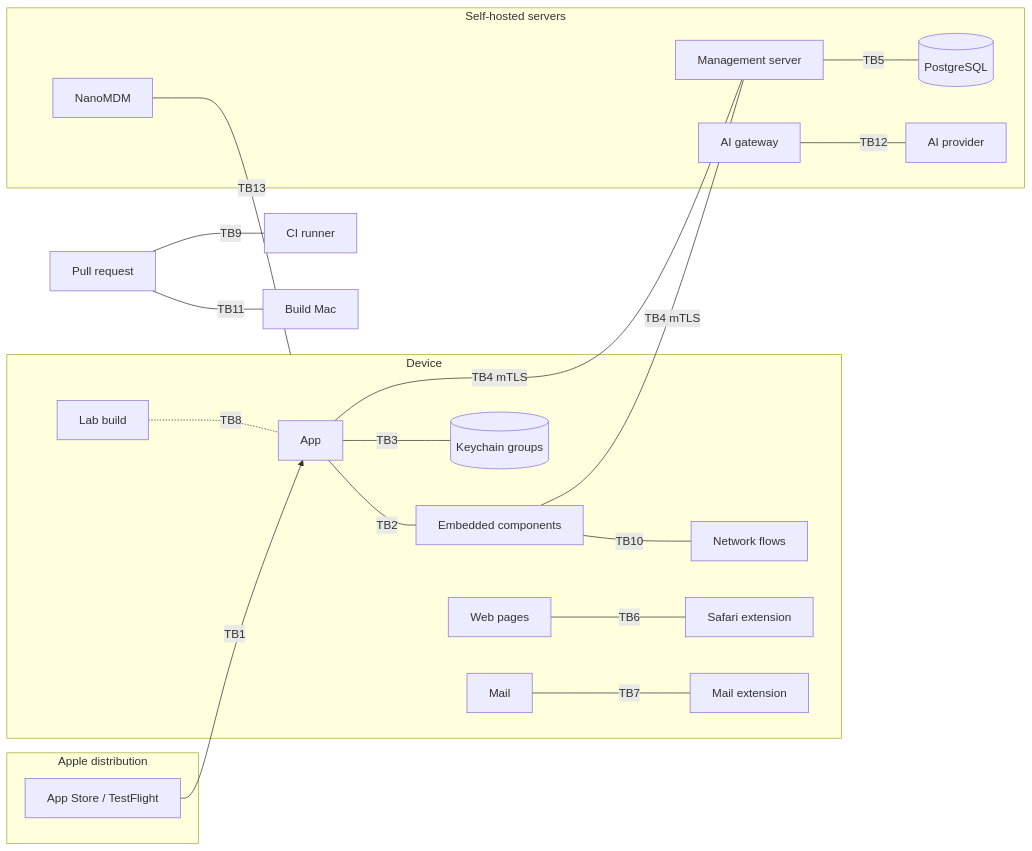
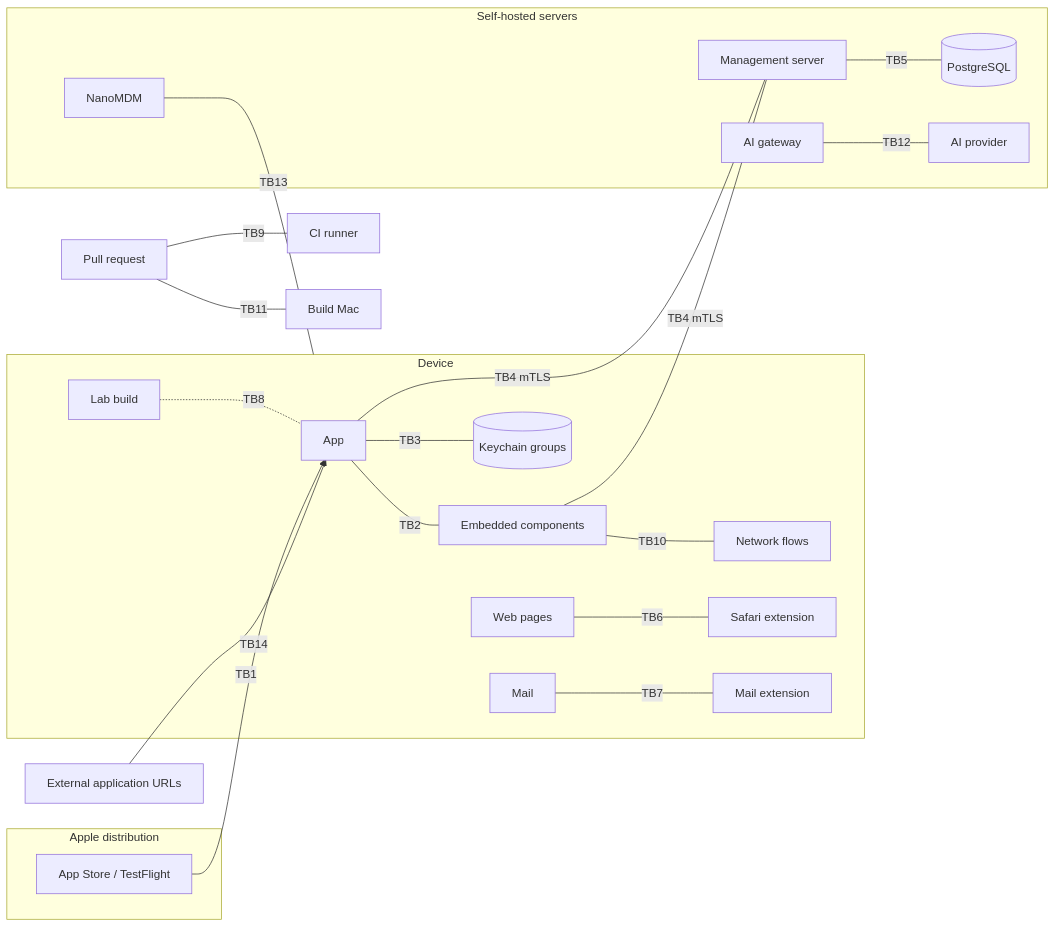
One commit to Agnidia/WardAxis changed the diagram in docs/THREAT-MODEL.md. Above: the diagram before and after it, drawn with Mermaid. The commit also changed other lines of this file and 39 other files, not shown here.

````diff
--- a/docs/THREAT-MODEL.md
+++ b/docs/THREAT-MODEL.md
@@ -67,25 +67,26 @@
 ```mermaid
 flowchart LR
     subgraph Apple[Apple distribution]
         AS[App Store / TestFlight]
     end
     subgraph Device
         APP[App] -- TB2 --- EXT[Embedded components]
         APP -- TB3 --- KC[(Keychain groups)]
         EXT -- TB10 --- NET[Network flows]
         WEB[Web pages] -- TB6 --- SW[Safari extension]
         MAIL[Mail] -- TB7 --- ML[Mail extension]
         LAB[Lab build] -. TB8 .- APP
     end
     subgraph ServerSide[Self-hosted servers]
         SRV[Management server] -- TB5 --- DB[(PostgreSQL)]
         GW[AI gateway] -- TB12 --- AIP[AI provider]
         MDM[NanoMDM]
     end
     AS -- TB1 --> APP
     APP -- TB4 mTLS --- SRV
     EXT -- TB4 mTLS --- SRV
     MDM -- TB13 --- Device
+    URL[External application URLs] -- TB14 --> APP
     PR[Pull request] -- TB9 --- CI[CI runner]
     PR -- TB11 --- BM[Build Mac]
 ```
````
